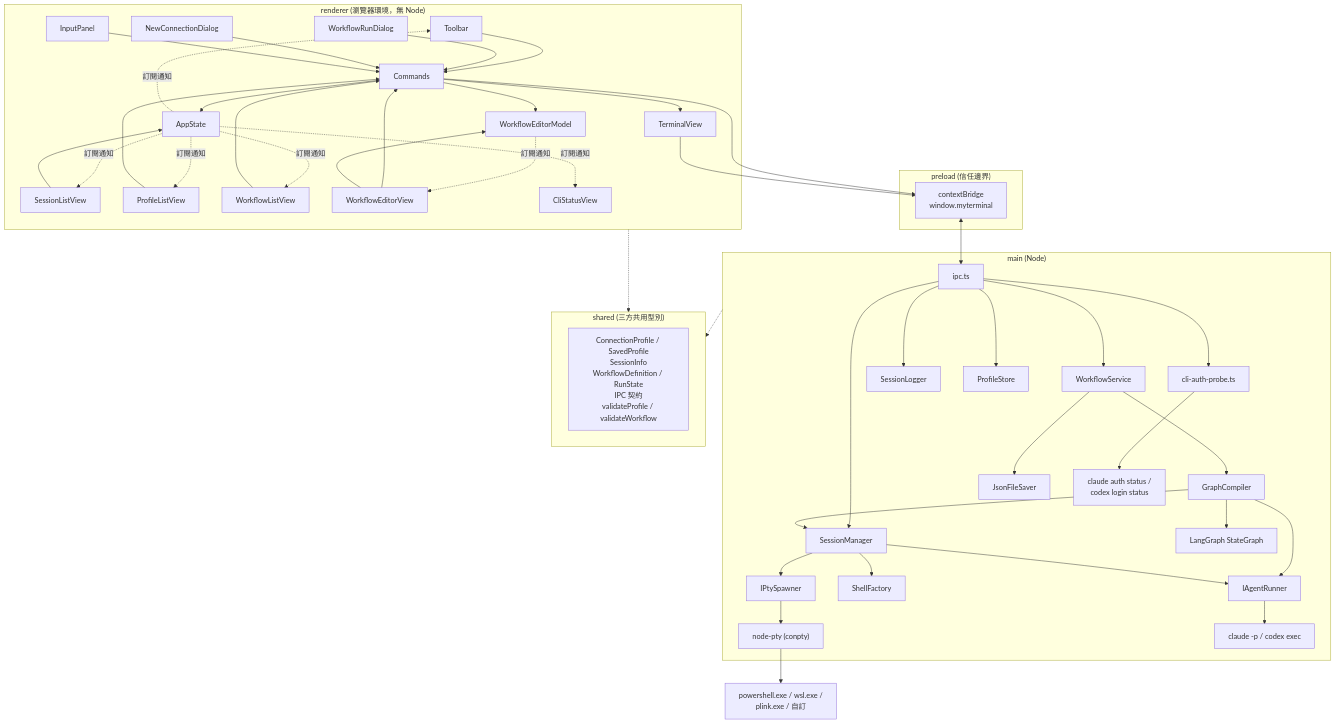
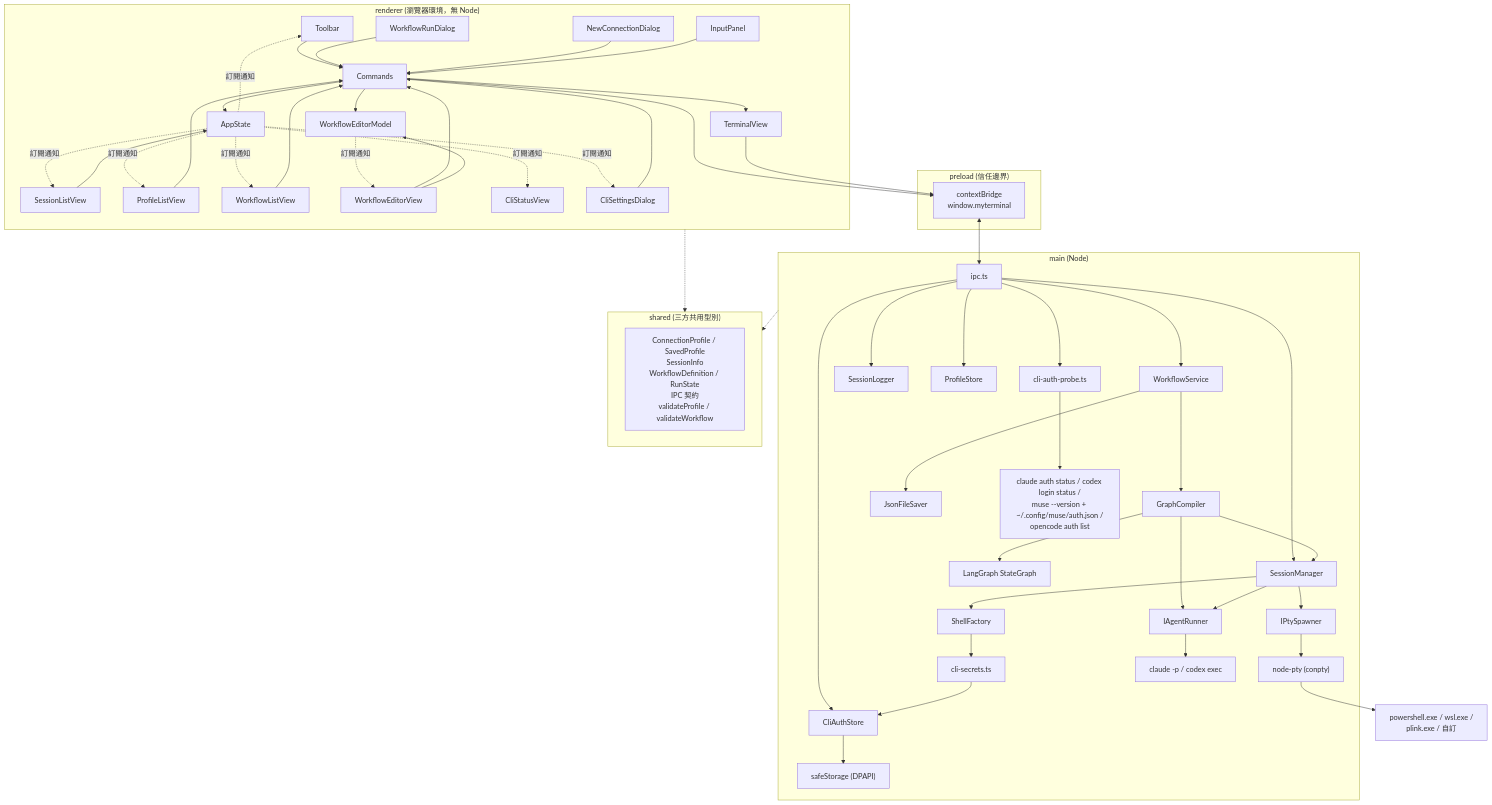
Before and after one commit to Mufu/myterminal: the first of 3 diagrams in docs/ARCHITECTURE.md, drawn with Mermaid. The commit also changed other lines of this file and 1 other file, not shown here.

First line of the commit message:
docs: CLI 設定（登入 vs API 金鑰）、Muse / OpenCode 兩種工作階段

````diff
--- a/docs/ARCHITECTURE.md
+++ b/docs/ARCHITECTURE.md
@@ -10,58 +10,64 @@
 ```mermaid
 flowchart TB
   subgraph renderer["renderer (瀏覽器環境，無 Node)"]
     Toolbar --> Commands
     SessionListView --> AppState
     ProfileListView --> Commands
     WorkflowListView --> Commands
     WorkflowRunDialog --> Commands
     WorkflowEditorView --> Commands
     WorkflowEditorView --> WorkflowEditorModel
     Commands --> AppState
     Commands --> WorkflowEditorModel
     Commands --> TerminalView
     AppState -. 訂閱通知 .-> Toolbar
     AppState -. 訂閱通知 .-> SessionListView
     AppState -. 訂閱通知 .-> ProfileListView
     AppState -. 訂閱通知 .-> WorkflowListView
     AppState -. 訂閱通知 .-> CliStatusView
     WorkflowEditorModel -. 訂閱通知 .-> WorkflowEditorView
     NewConnectionDialog --> Commands
+    CliSettingsDialog --> Commands
+    AppState -. 訂閱通知 .-> CliSettingsDialog
     InputPanel --> Commands
   end
 
   subgraph preload["preload (信任邊界)"]
     Bridge["contextBridge<br/>window.myterminal"]
   end
 
   subgraph main["main (Node)"]
     IPCLayer["ipc.ts"] --> SessionManager
     IPCLayer --> CliAuthProbe["cli-auth-probe.ts"]
+    IPCLayer --> CliAuthStore
     IPCLayer --> SessionLogger
     IPCLayer --> ProfileStore
     IPCLayer --> WorkflowService
     WorkflowService --> GraphCompiler
     GraphCompiler --> LangGraph["LangGraph StateGraph"]
     GraphCompiler --> IAgentRunner
     GraphCompiler --> SessionManager
     WorkflowService --> JsonFileSaver
     SessionManager --> ShellFactory
+    ShellFactory --> CliSecrets["cli-secrets.ts"]
+    CliSecrets --> CliAuthStore
+    CliAuthStore --> SafeStorage["safeStorage (DPAPI)"]
     SessionManager --> IPtySpawner
     SessionManager --> IAgentRunner
     IPtySpawner --> NodePty["node-pty (conpty)"]
     IAgentRunner --> AgentCli["claude -p / codex exec"]
-    CliAuthProbe --> AuthCli["claude auth status /<br/>codex login status"]
+    CliAuthProbe --> AuthCli["claude auth status / codex login status /<br/>muse --version + ~/.config/muse/auth.json /<br/>opencode auth list"]
   end
 
   subgraph shared["shared (三方共用型別)"]
     Profile["ConnectionProfile / SavedProfile<br/>SessionInfo<br/>WorkflowDefinition / RunState<br/>IPC 契約<br/>validateProfile / validateWorkflow"]
   end
 
   Commands --> Bridge
   TerminalView --> Bridge
   Bridge <--> IPCLayer
   renderer -.-> shared
   main -.-> shared
 
   NodePty --> Backends["powershell.exe / wsl.exe /<br/>plink.exe / 自訂"]
 ```
````
